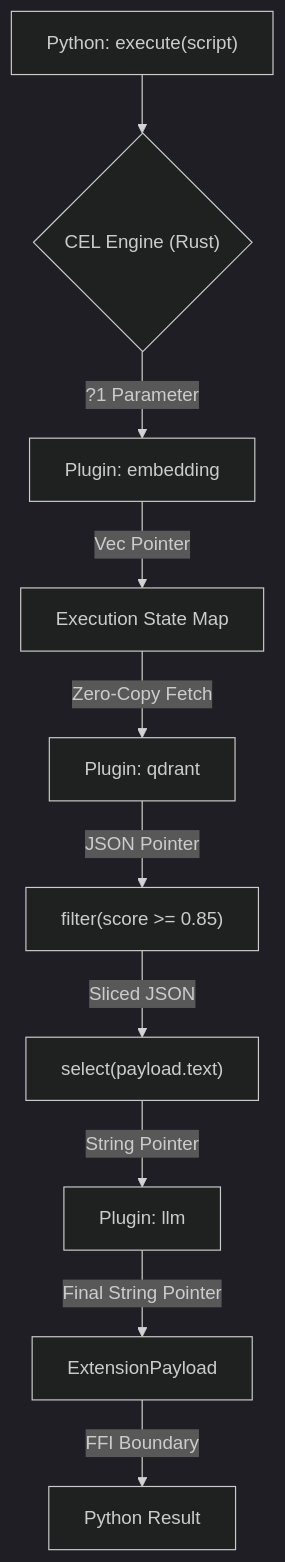
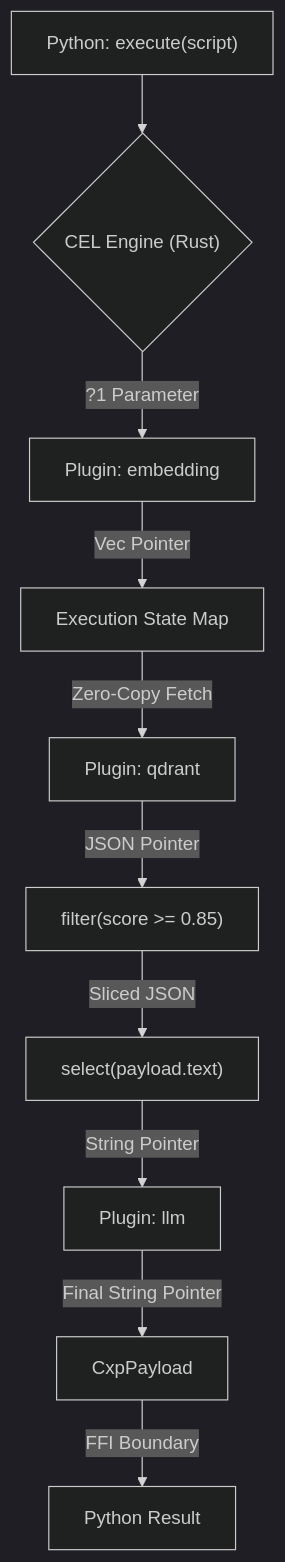
One commit to ayan-kushwaha/Cluaiz- changed the diagram in docs/cel/usecases/rag_pipeline.md. Above: the diagram before and after it, drawn with Mermaid (dark theme). The commit also changed 109 other files, not shown here.

````diff
--- a/docs/cel/usecases/rag_pipeline.md
+++ b/docs/cel/usecases/rag_pipeline.md
@@ -60,16 +60,16 @@
 ```mermaid
 flowchart TD
     A["Python: execute(script)"] --> B{"CEL Engine (Rust)"}
     
     B -->|?1 Parameter| C["Plugin: embedding"]
     C -->|Vec<f32> Pointer| D["Execution State Map"]
     
     D -->|Zero-Copy Fetch| E["Plugin: qdrant"]
     E -->|JSON Pointer| F["filter(score >= 0.85)"]
     F -->|Sliced JSON| G["select(payload.text)"]
     
     G -->|String Pointer| H["Plugin: llm"]
     
-    H -->|Final String Pointer| I["ExtensionPayload"]
+    H -->|Final String Pointer| I["CxpPayload"]
     I -->|FFI Boundary| J["Python Result"]
 ```
````
